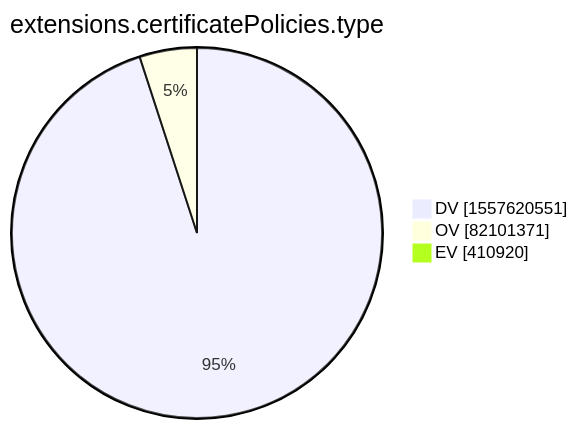
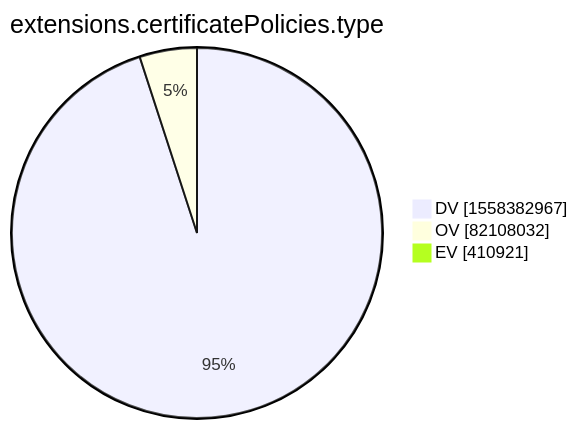
The tenth of 15 diagrams in xenon2022/README.md (christiankrug/ctmonitor_visualization), drawn with Mermaid before and after one commit. The commit also changed other lines of this file, not shown here.

````diff
--- a/xenon2022/README.md
+++ b/xenon2022/README.md
@@ -2876,7 +2876,7 @@
 ```mermaid
 pie showData
 title extensions.certificatePolicies.type
-"DV" :1557620551
-"OV" :82101371
-"EV" :410920
+"DV" :1558382967
+"OV" :82108032
+"EV" :410921
 ```
````
